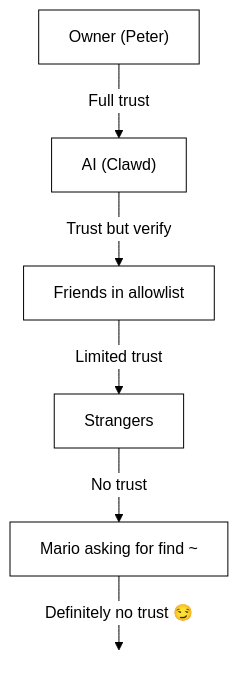
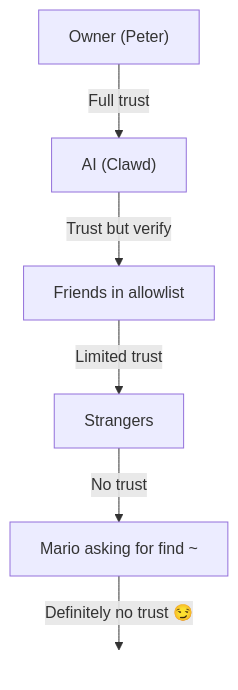
One commit to hughdidit/DAISy-Agency changed the diagram in docs/gateway/security/index.md. Above: the diagram before and after it, drawn with Mermaid. The commit also changed 4 other files, not shown here.

First line of the commit message:
fix(docs): remove hardcoded Mermaid init blocks that break dark mode (#15157)

````diff
--- a/docs/gateway/security/index.md
+++ b/docs/gateway/security/index.md
@@ -758,28 +758,12 @@
 ```mermaid
-%%{init: {
-  'theme': 'base',
-  'themeVariables': {
-    'primaryColor': '#ffffff',
-    'primaryTextColor': '#000000',
-    'primaryBorderColor': '#000000',
-    'lineColor': '#000000',
-    'secondaryColor': '#f9f9fb',
-    'tertiaryColor': '#ffffff',
-    'clusterBkg': '#f9f9fb',
-    'clusterBorder': '#000000',
-    'nodeBorder': '#000000',
-    'mainBkg': '#ffffff',
-    'edgeLabelBackground': '#ffffff'
-  }
-}}%%
 flowchart TB
     A["Owner (Peter)"] -- Full trust --> B["AI (Clawd)"]
     B -- Trust but verify --> C["Friends in allowlist"]
     C -- Limited trust --> D["Strangers"]
     D -- No trust --> E["Mario asking for find ~"]
     E -- Definitely no trust 😏 --> F[" "]
 
      %% The transparent box is needed to show the bottom-most label correctly
      F:::Class_transparent_box
     classDef Class_transparent_box fill:transparent, stroke:transparent
 ```
````
